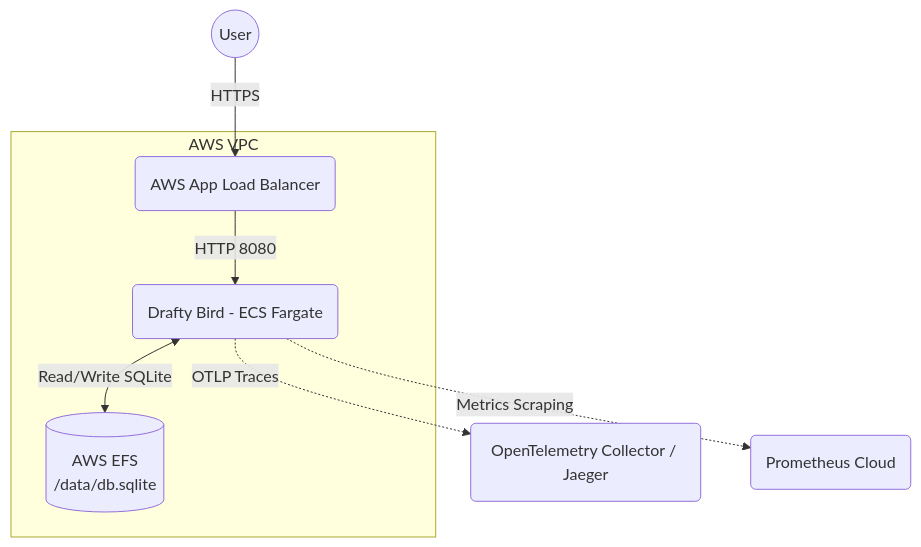
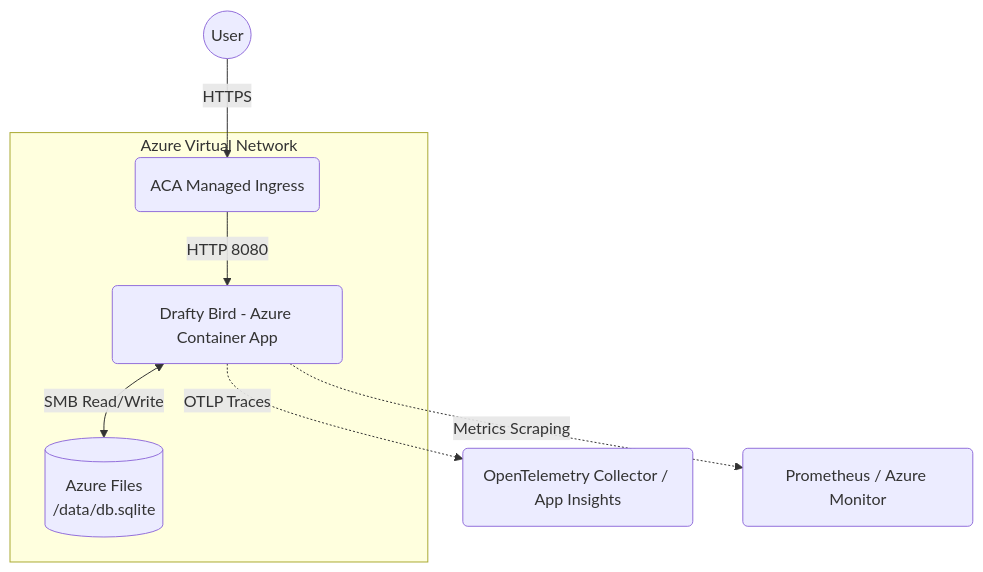
Before and after one commit to oggvaldo/drafty-bird: the diagram in sre-exercise/README.md, drawn with Mermaid. The commit also changed other lines of this file and 17 other files, not shown here.

Commit message:
feat(azure): migrate architecture from AWS to Azure Container Apps and Azure DevOps

````diff
--- a/sre-exercise/README.md
+++ b/sre-exercise/README.md
@@ -16,15 +16,15 @@
 ```mermaid
 graph TD
-    Client((User)) -->|HTTPS| ALB(AWS App Load Balancer)
-    ALB -->|HTTP 8080| ECS(Drafty Bird - ECS Fargate)
+    Client((User)) -->|HTTPS| Ingress(ACA Managed Ingress)
+    Ingress -->|HTTP 8080| ACA(Drafty Bird - Azure Container App)
     
-    subgraph AWS VPC
-        ALB
-        ECS
-        EFS[(AWS EFS \n/data/db.sqlite)]
+    subgraph Azure Virtual Network
+        Ingress
+        ACA
+        AzureFiles[(Azure Files \n/data/db.sqlite)]
     end
     
-    ECS <-->|Read/Write SQLite| EFS
-    ECS -.->|OTLP Traces| OTel(OpenTelemetry Collector / Jaeger)
-    ECS -.->|Metrics Scraping| Prom(Prometheus Cloud)
+    ACA <-->|SMB Read/Write| AzureFiles
+    ACA -.->|OTLP Traces| OTel(OpenTelemetry Collector / App Insights)
+    ACA -.->|Metrics Scraping| Prom(Prometheus / Azure Monitor)
 ```
````
